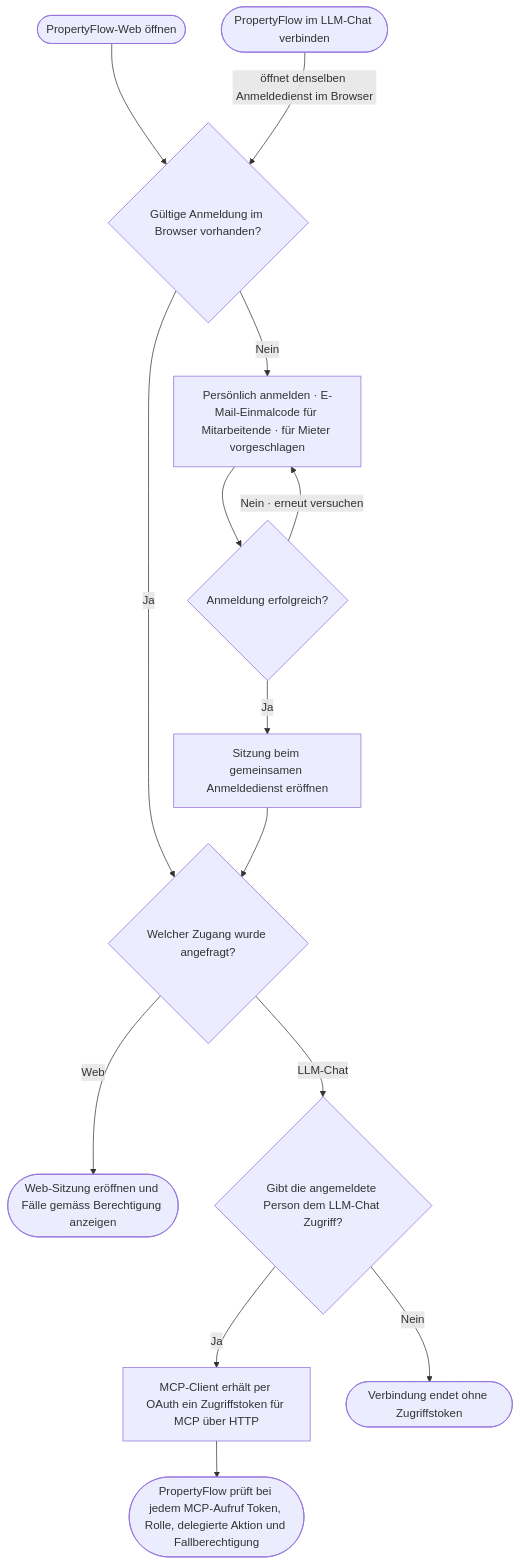
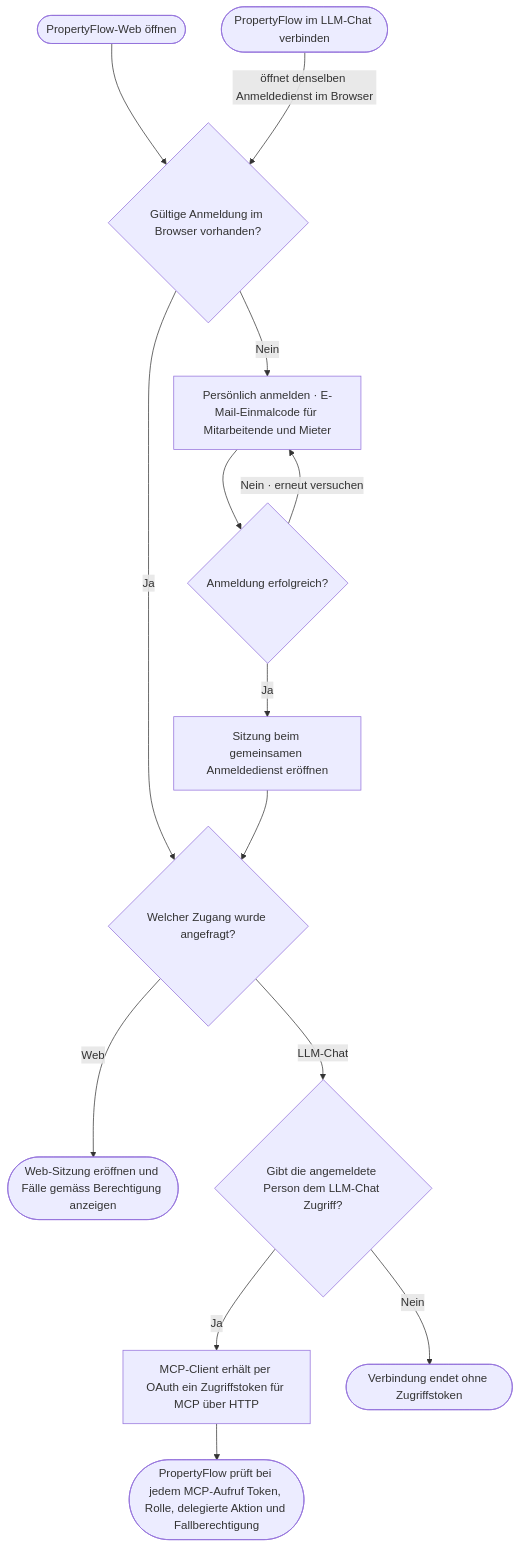
Before and after one commit to permarco/propertyflow: the second of 2 diagrams in docs/use_cases/UC-005-userkonto-eroeffnen.md, drawn with Mermaid. The commit also changed other lines of this file and 63 other files, not shown here.

````diff
--- a/docs/use_cases/UC-005-userkonto-eroeffnen.md
+++ b/docs/use_cases/UC-005-userkonto-eroeffnen.md
@@ -46,26 +46,26 @@
 ```mermaid
 flowchart TD
     Web(["PropertyFlow-Web öffnen"])
     Chat(["PropertyFlow im LLM-Chat verbinden"])
     Sitzung{"Gültige Anmeldung im Browser vorhanden?"}
-    Anmelden["Persönlich anmelden · E-Mail-Einmalcode für Mitarbeitende · für Mieter vorgeschlagen"]
+    Anmelden["Persönlich anmelden · E-Mail-Einmalcode für Mitarbeitende und Mieter"]
     Pruefung{"Anmeldung erfolgreich?"}
     Anmeldung["Sitzung beim gemeinsamen Anmeldedienst eröffnen"]
     Ziel{"Welcher Zugang wurde angefragt?"}
     Faelle(["Web-Sitzung eröffnen und Fälle gemäss Berechtigung anzeigen"])
     Freigabe{"Gibt die angemeldete Person dem LLM-Chat Zugriff?"}
     Token["MCP-Client erhält per OAuth ein Zugriffstoken für MCP über HTTP"]
     Zugriff(["PropertyFlow prüft bei jedem MCP-Aufruf Token, Rolle, delegierte Aktion und Fallberechtigung"])
     Ende(["Verbindung endet ohne Zugriffstoken"])
 
     Web --> Sitzung
     Chat -->|"öffnet denselben Anmeldedienst im Browser"| Sitzung
     Sitzung -->|"Ja"| Ziel
     Sitzung -->|"Nein"| Anmelden --> Pruefung
     Pruefung -->|"Nein · erneut versuchen"| Anmelden
     Pruefung -->|"Ja"| Anmeldung --> Ziel
     Ziel -->|"Web"| Faelle
     Ziel -->|"LLM-Chat"| Freigabe
     Freigabe -->|"Ja"| Token --> Zugriff
     Freigabe -->|"Nein"| Ende
 ```
````
